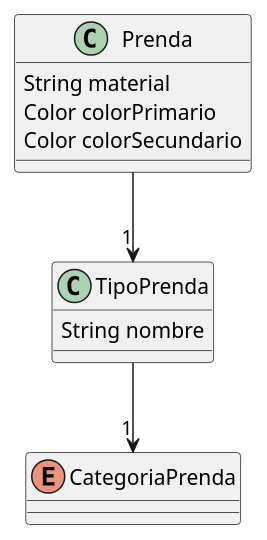
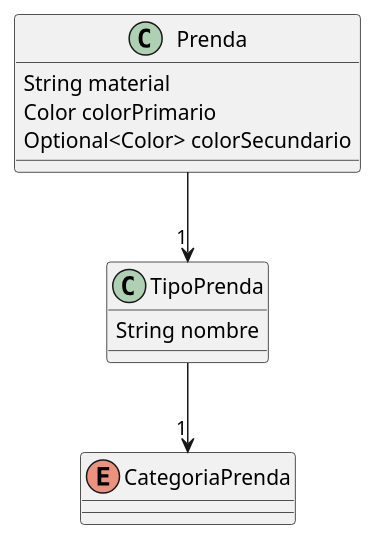
One commit to MarcoPiatti/qmp changed the diagram in qmp_diagrama.puml. Above: the diagram before and after it, drawn with PlantUML. The commit also changed 5 other files, not shown here.

```diff
--- a/qmp_diagrama.puml
+++ b/qmp_diagrama.puml
@@ -1,19 +1,19 @@
 @startuml qmp_diagrama
 
 class Prenda {
     String material
     Color colorPrimario
-    Color colorSecundario
+    Optional<Color> colorSecundario
 }
 
 class TipoPrenda {
     String nombre
 }
 
 Prenda --> "1" TipoPrenda
 
 enum CategoriaPrenda
 
 TipoPrenda --> "1" CategoriaPrenda
 
 @enduml
```
